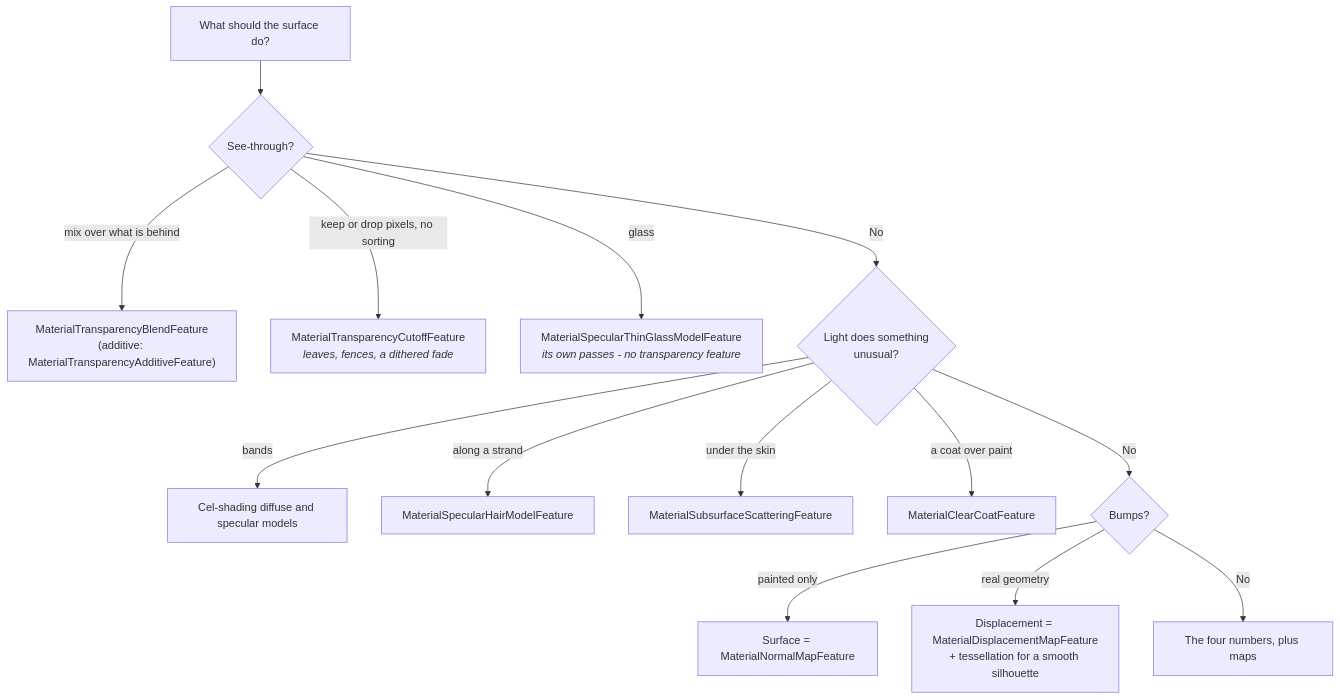
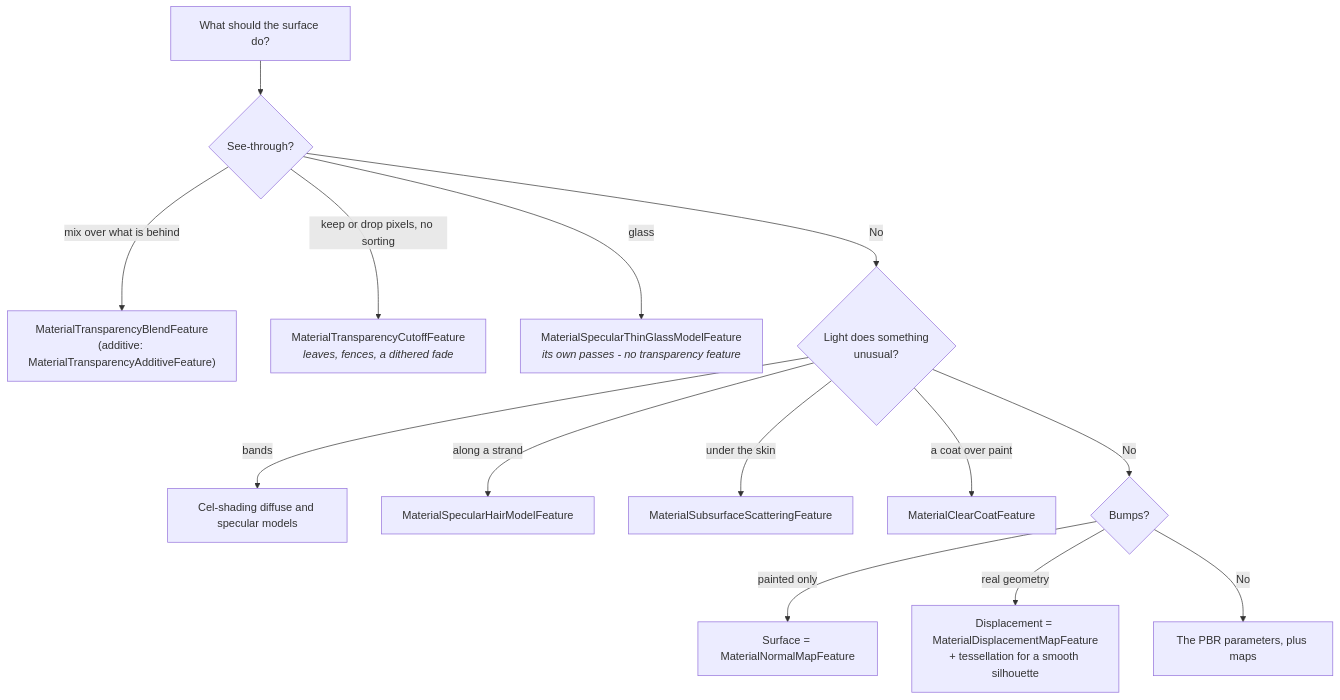
One commit to stride3d/stride-community-toolkit changed the second of 2 diagrams in docs/manual/rendering/materials.md. Above: the diagram before and after it, drawn with Mermaid. The commit also changed other lines of this file and 25 other files, not shown here.

````diff
--- a/docs/manual/rendering/materials.md
+++ b/docs/manual/rendering/materials.md
@@ -573,16 +460,16 @@
 ```mermaid
 flowchart TD
     A[What should the surface do?] --> B{See-through?}
     B -- "mix over what is behind" --> C["MaterialTransparencyBlendFeature<br/>(additive: MaterialTransparencyAdditiveFeature)"]
     B -- "keep or drop pixels, no sorting" --> D["MaterialTransparencyCutoffFeature<br/><i>leaves, fences, a dithered fade</i>"]
     B -- "glass" --> E["MaterialSpecularThinGlassModelFeature<br/><i>its own passes - no transparency feature</i>"]
     B -- No --> F{Light does something<br/>unusual?}
     F -- "bands" --> G["Cel-shading diffuse and specular models"]
     F -- "along a strand" --> H["MaterialSpecularHairModelFeature"]
     F -- "under the skin" --> I["MaterialSubsurfaceScatteringFeature"]
     F -- "a coat over paint" --> J["MaterialClearCoatFeature"]
     F -- No --> K{Bumps?}
     K -- "painted only" --> L["Surface = MaterialNormalMapFeature"]
     K -- "real geometry" --> M["Displacement = MaterialDisplacementMapFeature<br/>+ tessellation for a smooth silhouette"]
-    K -- No --> N["The four numbers, plus maps"]
+    K -- No --> N["The PBR parameters, plus maps"]
 ```
````
